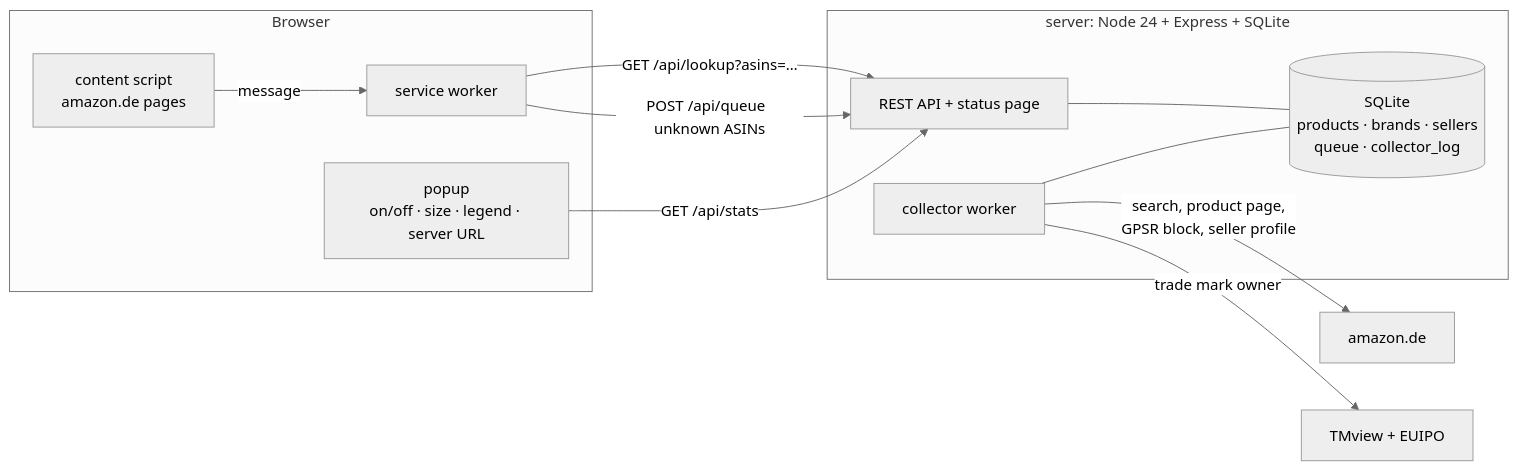
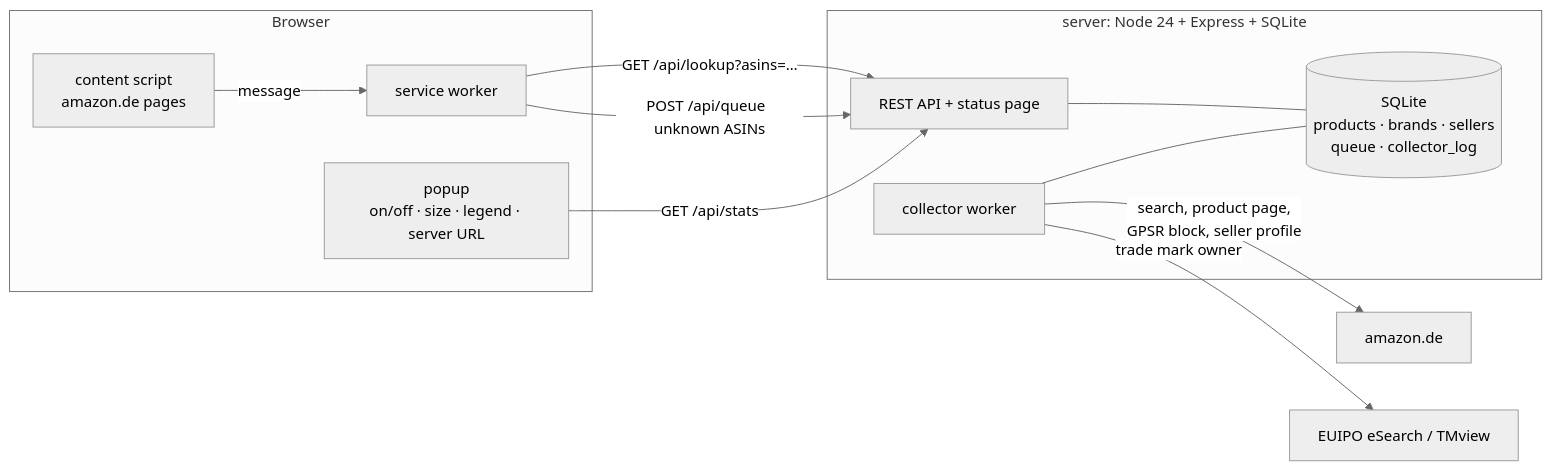
One commit to saran-gogosoon/amazon-origin-flags changed the diagram in README.md. Above: the diagram before and after it, drawn with Mermaid (neutral theme). The commit also changed other lines of this file and 1 other file, not shown here.

Commit message:
README/REPORT: brand-owner rules, FELCO fix, spot-check and updated numbers

````diff
--- a/README.md
+++ b/README.md
@@ -35,16 +35,16 @@
 ```mermaid
 flowchart LR
   subgraph Browser
     CS[content script<br/>amazon.de pages] -->|message| BG[service worker]
     P[popup<br/>on/off · size · legend · server URL]
   end
   BG -->|GET /api/lookup?asins=…| API
   BG -->|POST /api/queue  unknown ASINs| API
   P -->|GET /api/stats| API
   subgraph Server [server: Node 24 + Express + SQLite]
     API[REST API + status page] --- DB[(SQLite<br/>products · brands · sellers<br/>queue · collector_log)]
     W[collector worker] --- DB
   end
   W -->|search, product page,<br/>GPSR block, seller profile| AMZ[amazon.de]
-  W -->|trade mark owner| TM[TMview + EUIPO]
+  W -->|trade mark owner| TM[EUIPO eSearch / TMview]
 ```
````
